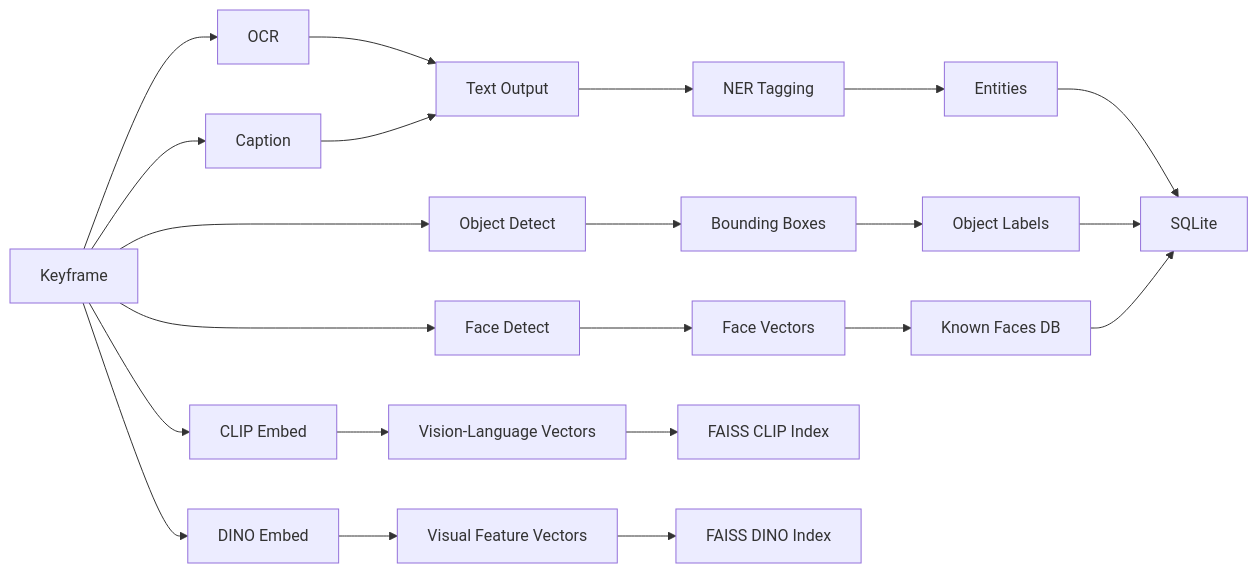
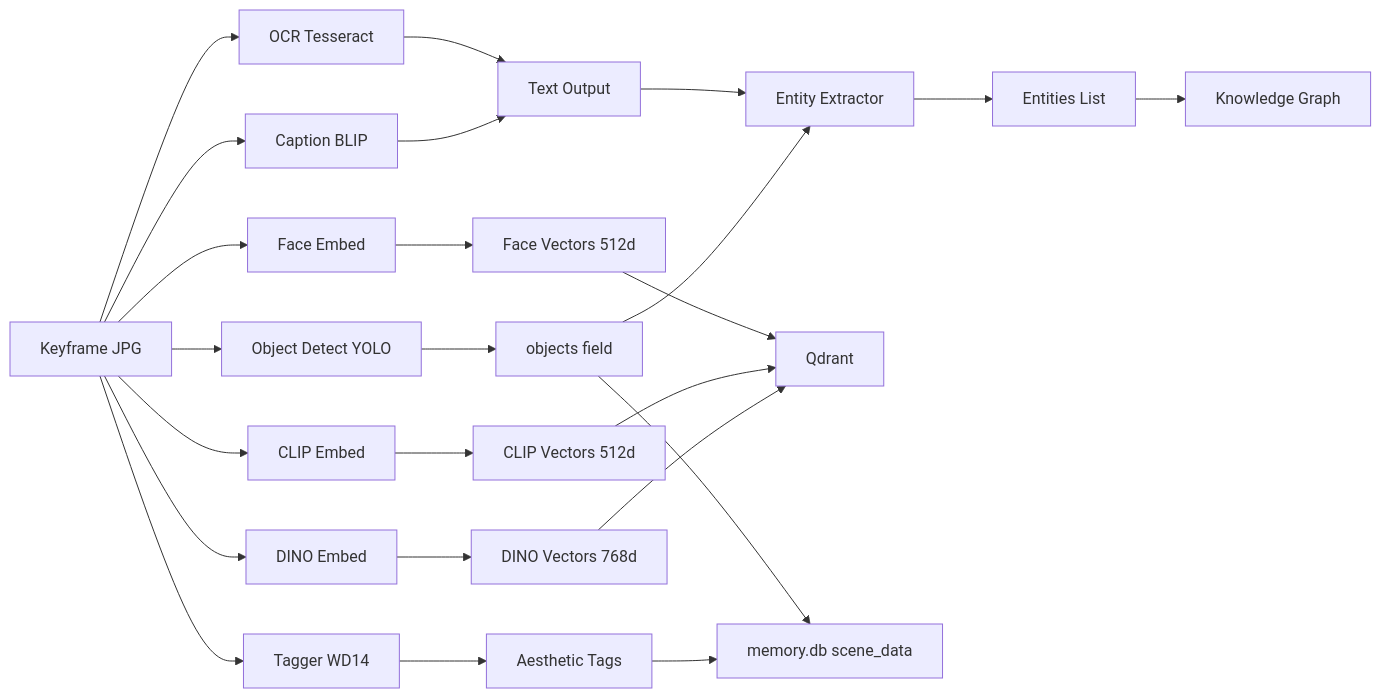
One commit to GoodQ02/goodq-memory-engine changed the third of 10 diagrams in docs/architecture/diagrams/PIPELINE_FLOW.md. Above: the diagram before and after it, drawn with Mermaid. The commit also changed other lines of this file and 5 other files, not shown here.

````diff
--- a/docs/architecture/diagrams/PIPELINE_FLOW.md
+++ b/docs/architecture/diagrams/PIPELINE_FLOW.md
@@ -105,27 +113,30 @@
 ```mermaid
 flowchart LR
-    A[Keyframe] --> B[OCR]
-    A --> C[Caption]
-    A --> D[Object Detect]
-    A --> E[Face Detect]
+    A[Keyframe JPG] --> B[OCR Tesseract]
+    A --> C[Caption BLIP]
+    A --> D[Object Detect YOLO]
+    A --> E[Face Embed]
     A --> F[CLIP Embed]
     A --> G[DINO Embed]
+    A --> H[Tagger WD14]
     
-    B --> H[Text Output]
-    C --> H
-    D --> I[Bounding Boxes]
-    E --> J[Face Vectors]
-    F --> K[Vision-Language Vectors]
-    G --> L[Visual Feature Vectors]
+    B --> I[Text Output]
+    C --> I
+    D --> J[objects field]
+    E --> K[Face Vectors 512d]
+    F --> L[CLIP Vectors 512d]
+    G --> M[DINO Vectors 768d]
+    H --> N[Aesthetic Tags]
     
-    H --> M[NER Tagging]
-    M --> N[Entities]
+    I --> O[Entity Extractor]
+    J --> O
     
-    I --> O[Object Labels]
-    J --> P[Known Faces DB]
-    K --> Q[FAISS CLIP Index]
-    L --> R[FAISS DINO Index]
-    N --> S[SQLite]
-    O --> S
-    P --> S
+    O --> P[Entities List]
+    
+    P --> Q[Knowledge Graph]
+    K --> R[Qdrant]
+    L --> R
+    M --> R
+    J --> S[memory.db scene_data]
+    N --> S
 ```
````
